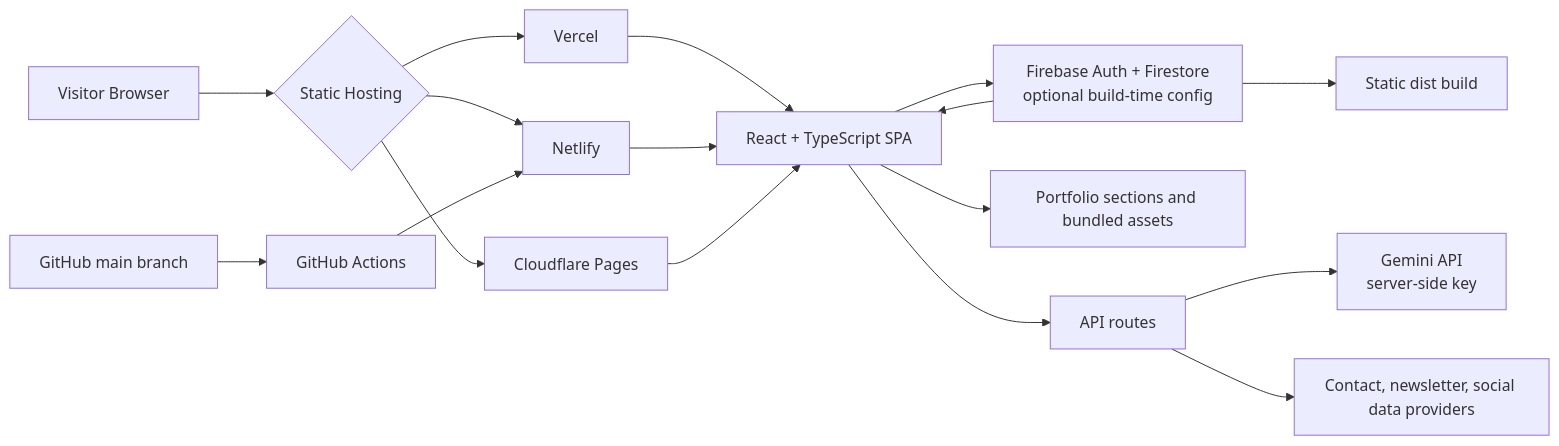
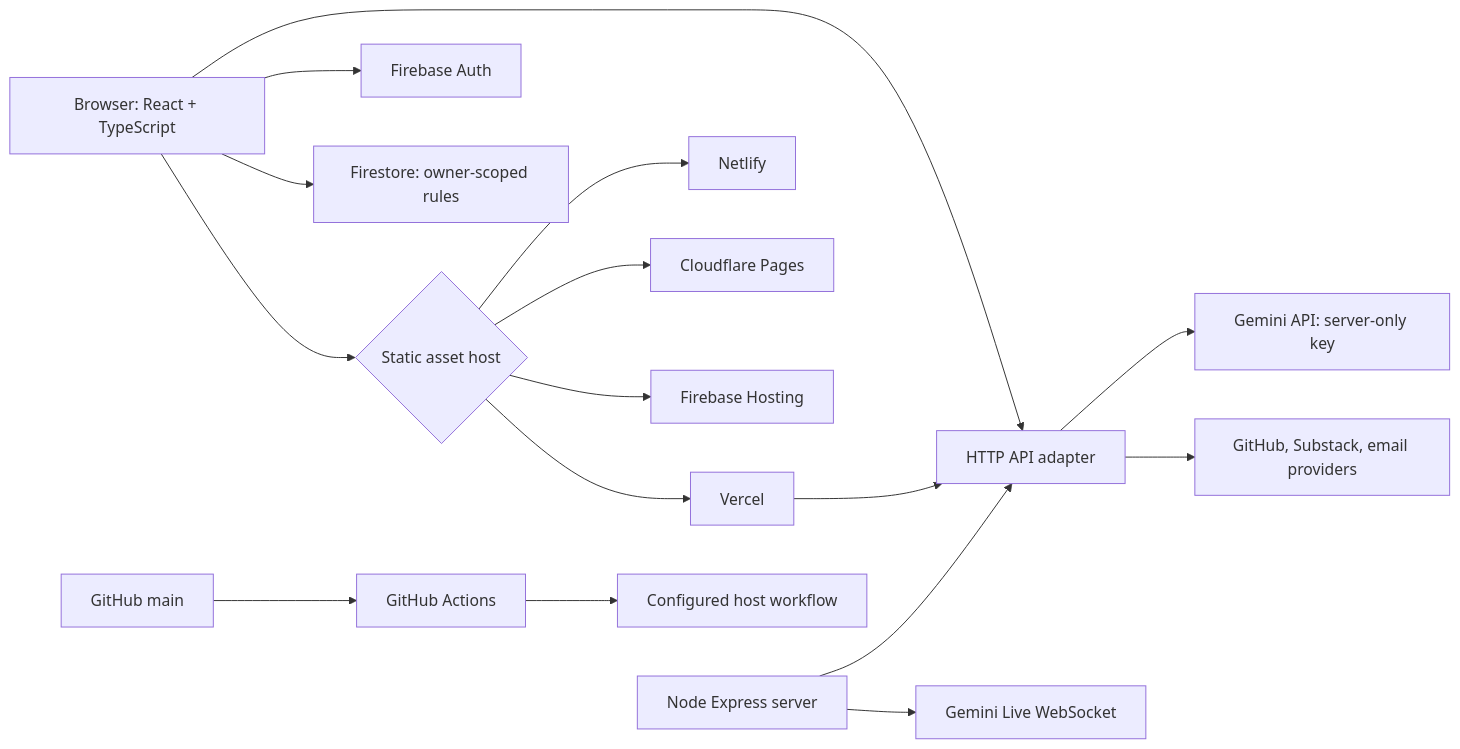
Before and after one commit to kalyan870/kalyanwebsite: the diagram in README.md, drawn with Mermaid. The commit also changed other lines of this file and 21 other files, not shown here.

Commit message:
Optimize portfolio assets and API deployment

````diff
--- a/README.md
+++ b/README.md
@@ -20,19 +20,18 @@
 ```mermaid
 flowchart LR
-    Visitor[Visitor Browser] --> Host{Static Hosting}
+    Browser[Browser: React + TypeScript] --> Host{Static asset host}
     Host --> Vercel[Vercel]
     Host --> Netlify[Netlify]
-    Host --> Cloudflare[Cloudflare Pages]
-    Vercel --> SPA[React + TypeScript SPA]
-    Netlify --> SPA
-    Cloudflare --> SPA
-    Firebase --> SPA
-    SPA --> Assets[Portfolio sections and bundled assets]
-    SPA --> Firebase[Firebase Auth + Firestore<br/>optional build-time config]
-    SPA --> API[API routes]
-    API --> Gemini[Gemini API<br/>server-side key]
-    API --> Providers[Contact, newsletter, social data providers]
-    GitHub[GitHub main branch] --> CI[GitHub Actions]
-    CI --> Netlify
-    Firebase --> Build[Static dist build]
+    Host --> CF[Cloudflare Pages]
+    Host --> FirebaseHost[Firebase Hosting]
+    Browser --> Auth[Firebase Auth]
+    Browser --> Store[Firestore: owner-scoped rules]
+    Browser --> Api[HTTP API adapter]
+    Vercel --> Api
+    Express[Node Express server] --> Api
+    Api --> Gemini[Gemini API: server-only key]
+    Api --> Providers[GitHub, Substack, email providers]
+    Express --> Live[Gemini Live WebSocket]
+    GitHub[GitHub main] --> CI[GitHub Actions]
+    CI --> Deploy[Configured host workflow]
 ```
````
